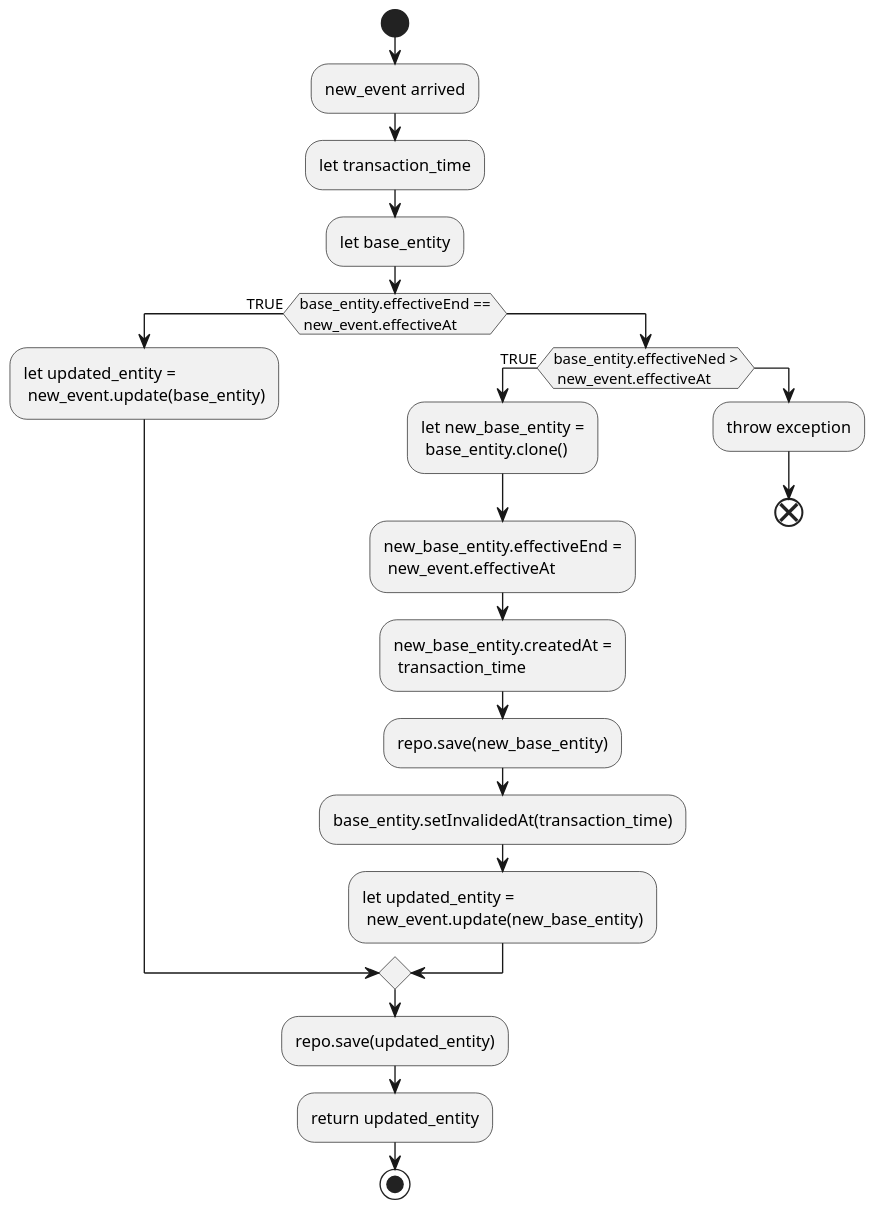
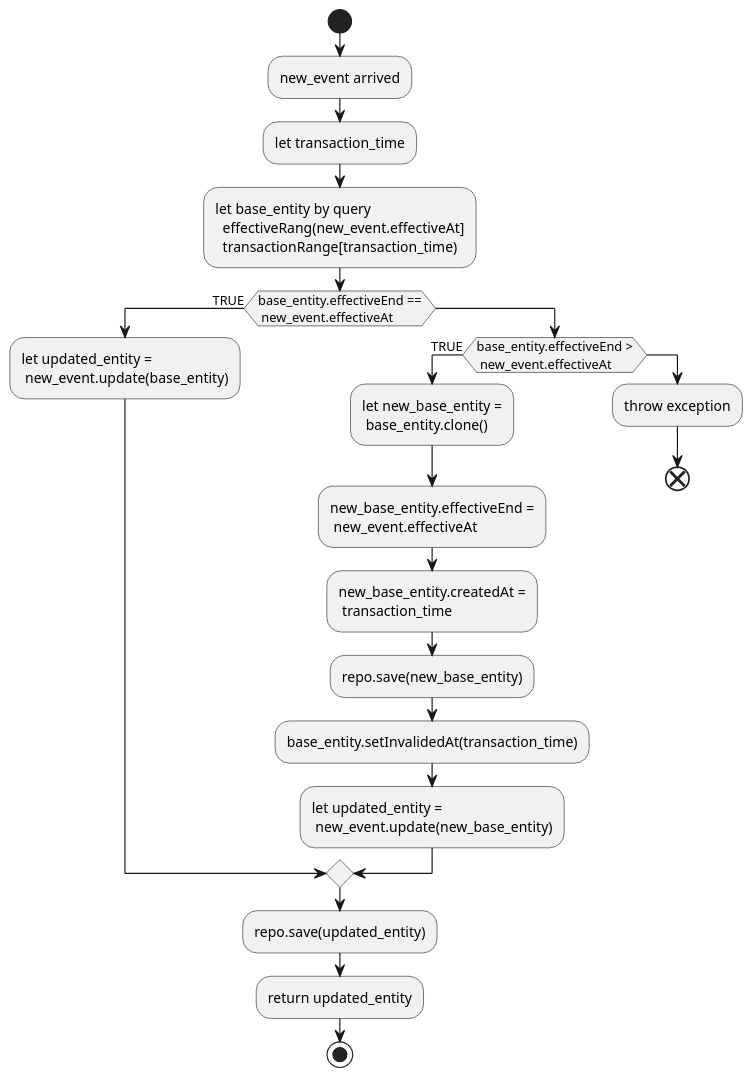
One commit to xiayiping/spring-all changed the first of 5 diagrams in document/skills/ai-model-skills/0010_data_audit.md. Above: the diagram before and after it, drawn with PlantUML. The commit also changed other lines of this file and 1 other file, not shown here.

````diff
--- a/document/skills/ai-model-skills/0010_data_audit.md
+++ b/document/skills/ai-model-skills/0010_data_audit.md
@@ -75,40 +81,37 @@
 ```plantuml
-
 @startuml
 skinparam defaultFontName JetBrains Mono
-scale 1.4
+scale 1.2
 
 start
 
 :new_event arrived;
 
 :let transaction_time;
-:let base_entity;
+:let base_entity by query\n  effectiveRang(new_event.effectiveAt]\n  transactionRange[transaction_time);
 
 if (base_entity.effectiveEnd ==\n new_event.effectiveAt) is (TRUE) then
     :let updated_entity =\n new_event.update(base_entity);
 else
-    if (base_entity.effectiveNed >\n new_event.effectiveAt) is (TRUE) then
+    if (base_entity.effectiveEnd >\n new_event.effectiveAt) is (TRUE) then
         :let new_base_entity =\n base_entity.clone();
         :new_base_entity.effectiveEnd =\n new_event.effectiveAt;
         :new_base_entity.createdAt =\n transaction_time;
         :repo.save(new_base_entity);
         :base_entity.setInvalidedAt(transaction_time);
         :let updated_entity =\n new_event.update(new_base_entity);
     else
         :throw exception;
         end;
     endif
 endif
 
 :repo.save(updated_entity);
 
 :return updated_entity;
 
 stop
 
 @enduml
 
-
-
 ```
````
